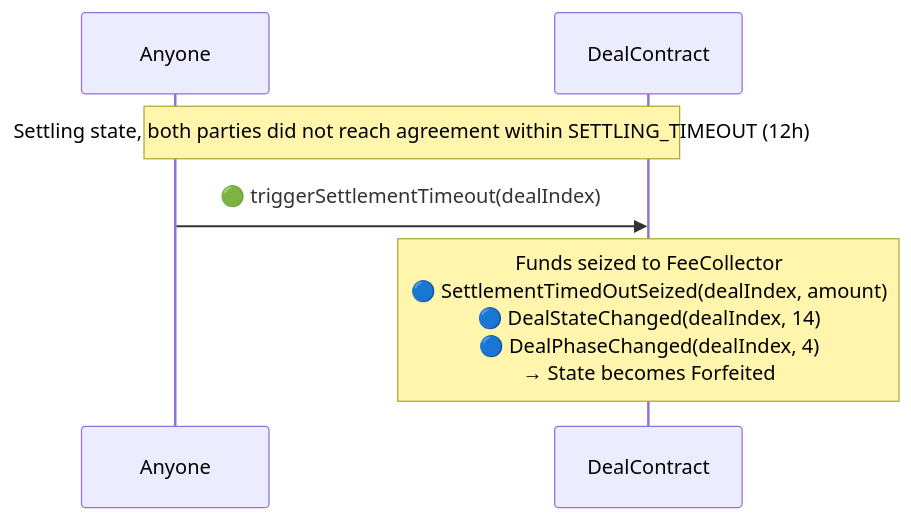
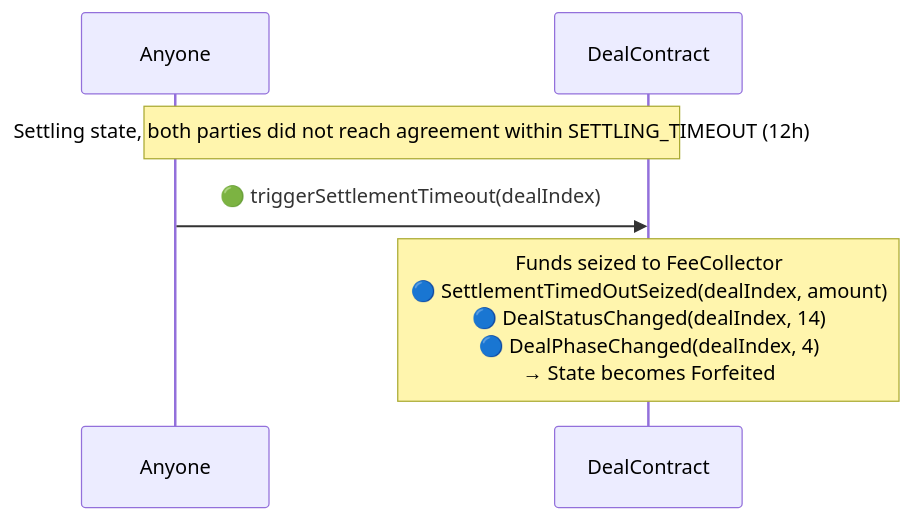
One commit to synctxai/synctx changed the eighth of 9 diagrams in examples/x-quote/x-quote-design.md. Above: the diagram before and after it, drawn with Mermaid. The commit also changed other lines of this file and 8 other files, not shown here.

First line of the commit message:
rename DealStateChanged to DealStatusChanged for consistency with DealStatus

````diff
--- a/examples/x-quote/x-quote-design.md
+++ b/examples/x-quote/x-quote-design.md
@@ -417,9 +417,9 @@
 ```mermaid
 sequenceDiagram
     participant X as Anyone
     participant D as DealContract
 
     Note over X,D: Settling state, both parties did not reach agreement within SETTLING_TIMEOUT (12h)
     X->>D: 🟢 triggerSettlementTimeout(dealIndex)
-    Note over D: Funds seized to FeeCollector<br/>🔵 SettlementTimedOutSeized(dealIndex, amount)<br/>🔵 DealStateChanged(dealIndex, 14)<br/>🔵 DealPhaseChanged(dealIndex, 4)<br/>→ State becomes Forfeited
+    Note over D: Funds seized to FeeCollector<br/>🔵 SettlementTimedOutSeized(dealIndex, amount)<br/>🔵 DealStatusChanged(dealIndex, 14)<br/>🔵 DealPhaseChanged(dealIndex, 4)<br/>→ State becomes Forfeited
 ```
````
